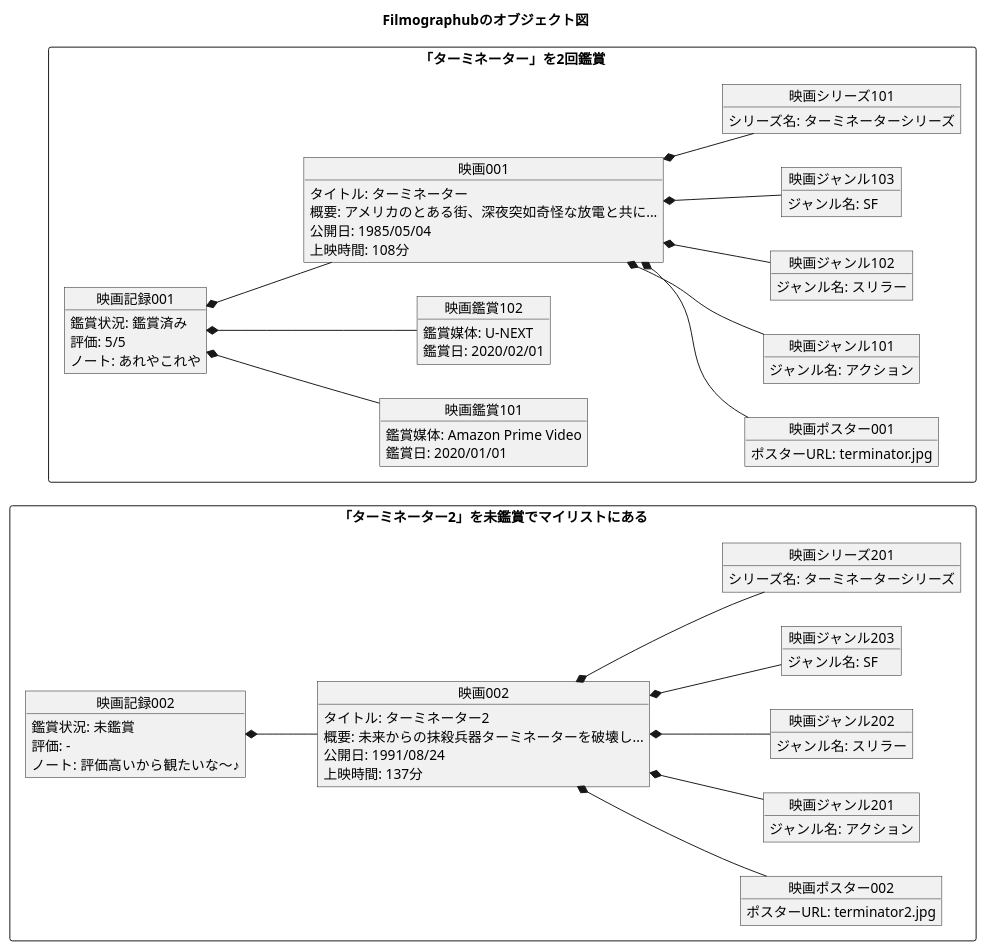
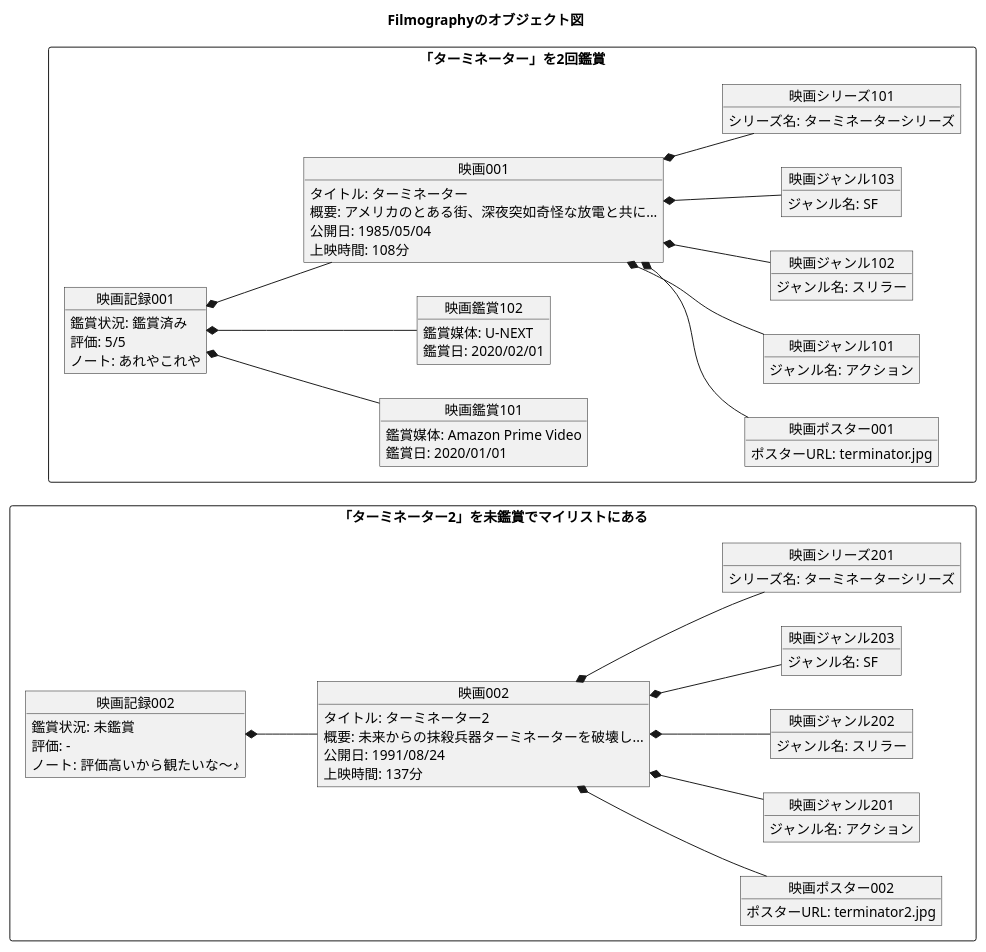
Before and after one commit to takeYY/filmography: the diagram in api/docs/object/object.puml, drawn with PlantUML. The commit also changed 16 other files, not shown here.

```diff
--- a/api/docs/object/object.puml
+++ b/api/docs/object/object.puml
@@ -1,109 +1,109 @@
 @startuml fig_object
 
-title Filmographubのオブジェクト図
+title Filmographyのオブジェクト図
 left to right direction
 
 rectangle 「ターミネーター2」を未鑑賞でマイリストにある {
   object 映画002 {
     タイトル: ターミネーター2
     概要: 未来からの抹殺兵器ターミネーターを破壊し...
     公開日: 1991/08/24
     上映時間: 137分
   }
 
   object 映画記録002 {
     鑑賞状況: 未鑑賞
     評価: -
     ノート: 評価高いから観たいな〜♪
   }
 
   object 映画ポスター002 {
     ポスターURL: terminator2.jpg
   }
 
   object 映画ジャンル201 {
     ジャンル名: アクション
   }
 
   object 映画ジャンル202 {
     ジャンル名: スリラー
   }
 
   object 映画ジャンル203 {
     ジャンル名: SF
   }
 
   object 映画シリーズ201 {
     シリーズ名: ターミネーターシリーズ
   }
 
   映画記録002 *-- 映画002
 
   映画002 *-- 映画ポスター002
   映画002 *-- 映画ジャンル201
   映画002 *-- 映画ジャンル202
   映画002 *-- 映画ジャンル203
   映画002 *-- 映画シリーズ201
 }
 
 
 
 
 
 
 rectangle 「ターミネーター」を2回鑑賞 {
   object 映画鑑賞101 {
     鑑賞媒体: Amazon Prime Video
     鑑賞日: 2020/01/01
   }
 
   object 映画鑑賞102 {
     鑑賞媒体: U-NEXT
     鑑賞日: 2020/02/01
   }
 
   object 映画001 {
     タイトル: ターミネーター
     概要: アメリカのとある街、深夜突如奇怪な放電と共に...
     公開日: 1985/05/04
     上映時間: 108分
   }
 
   object 映画記録001 {
     鑑賞状況: 鑑賞済み
     評価: 5/5
     ノート: あれやこれや
   }
 
   object 映画ポスター001 {
     ポスターURL: terminator.jpg
   }
 
   object 映画ジャンル101 {
     ジャンル名: アクション
   }
 
   object 映画ジャンル102 {
     ジャンル名: スリラー
   }
 
   object 映画ジャンル103 {
     ジャンル名: SF
   }
 
   object 映画シリーズ101 {
     シリーズ名: ターミネーターシリーズ
   }
 
   映画記録001 *-- 映画鑑賞101
   映画記録001 *-- 映画鑑賞102
   映画記録001 *-- 映画001
 
   映画001 *-- 映画ポスター001
   映画001 *-- 映画ジャンル101
   映画001 *-- 映画ジャンル102
   映画001 *-- 映画ジャンル103
   映画001 *-- 映画シリーズ101
 }
 
 @enduml
```
